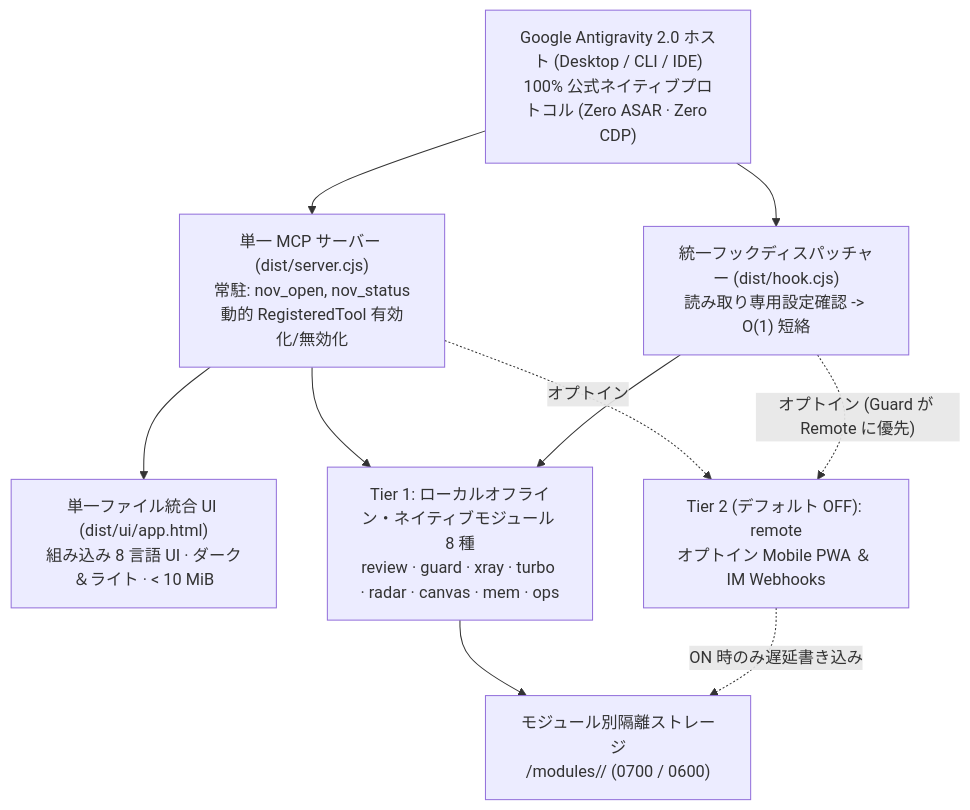
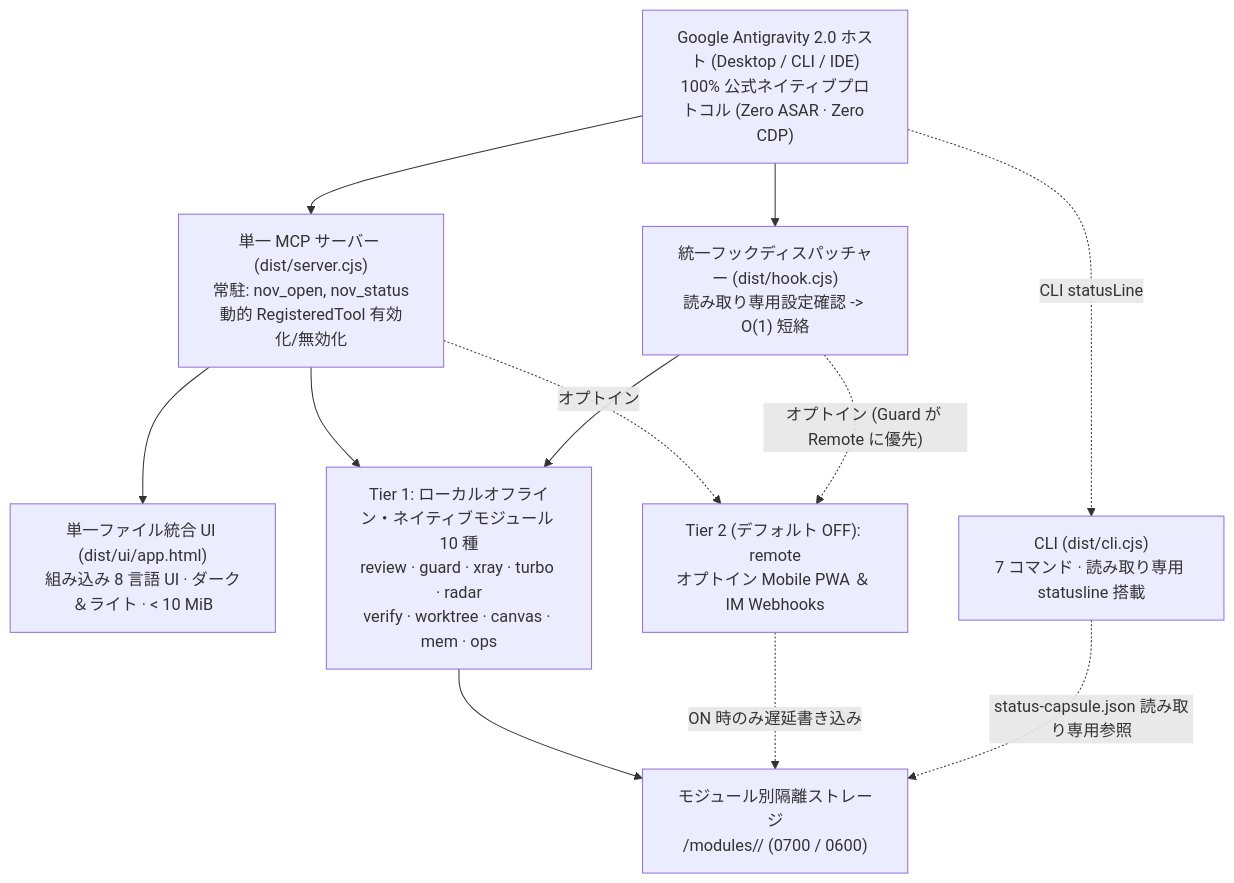
Before and after one commit to tone-leh/agy-NOV: the diagram in docs/i18n/README.ja.md, drawn with Mermaid. The commit also changed other lines of this file and 60 other files, not shown here.

Commit message:
feat(v0.3.0): Verify Gate Stop-hook, Git Worktree Orchestrator, Swarm Lineage telemetry & CLI statusline

````diff
--- a/docs/i18n/README.ja.md
+++ b/docs/i18n/README.ja.md
@@ -188,20 +192,23 @@
 ```mermaid
 flowchart TB
   Host["Google Antigravity 2.0 ホスト (Desktop / CLI / IDE)\n100% 公式ネイティブプロトコル (Zero ASAR · Zero CDP)"]
   MCP["単一 MCP サーバー (dist/server.cjs)\n常駐: nov_open, nov_status\n動的 RegisteredTool 有効化/無効化"]
   UI["単一ファイル統合 UI (dist/ui/app.html)\n組み込み 8 言語 UI · ダーク＆ライト · < 10 MiB"]
   Hook["統一フックディスパッチャー (dist/hook.cjs)\n読み取り専用設定確認 -> O(1) 短絡"]
+  CLI["CLI (dist/cli.cjs)\n7 コマンド · 読み取り専用 statusline 搭載"]
   Store["モジュール別隔離ストレージ\n<dataDir>/modules/<id>/ (0700 / 0600)"]
-  T1["Tier 1: ローカルオフライン・ネイティブモジュール 8 種\nreview · guard · xray · turbo · radar · canvas · mem · ops"]
+  T1["Tier 1: ローカルオフライン・ネイティブモジュール 10 種\nreview · guard · xray · turbo · radar\nverify · worktree · canvas · mem · ops"]
   T2R["Tier 2 (デフォルト OFF): remote\nオプトイン Mobile PWA ＆ IM Webhooks"]
 
   Host --> MCP
   Host --> Hook
+  Host -. "CLI statusLine" .-> CLI
   MCP --> UI
   MCP --> T1
   MCP -. "オプトイン" .-> T2R
   Hook --> T1
   Hook -. "オプトイン (Guard が Remote に優先)" .-> T2R
   T1 --> Store
   T2R -. "ON 時のみ遅延書き込み" .-> Store
+  CLI -. "status-capsule.json 読み取り専用参照" .-> Store
 ```
````
